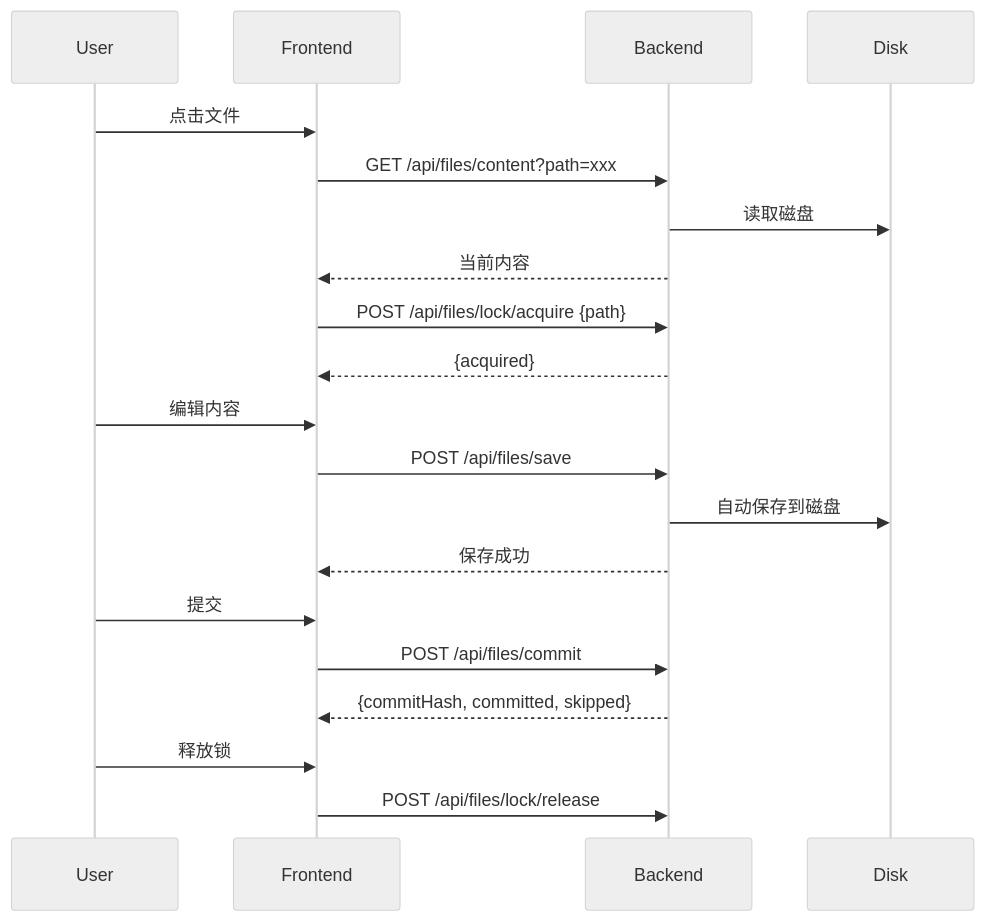
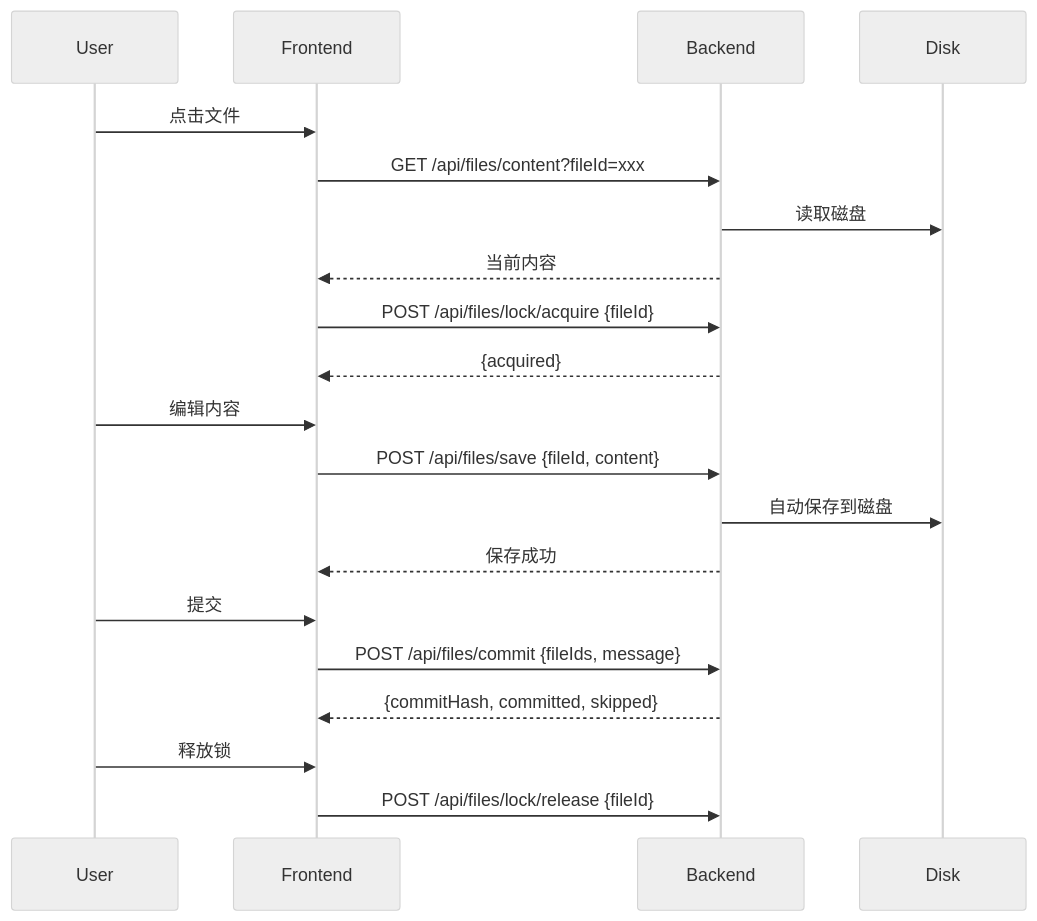
One commit to tonyabasy/lanting-stream-ce changed the second of 8 diagrams in docs/backend/file-system-spec.md. Above: the diagram before and after it, drawn with Mermaid (neutral theme). The commit also changed other lines of this file and 34 other files, not shown here.

````diff
--- a/docs/backend/file-system-spec.md
+++ b/docs/backend/file-system-spec.md
@@ -214,23 +219,23 @@
 ```mermaid
 sequenceDiagram
     participant U as User
     participant F as Frontend
     participant B as Backend
     participant D as Disk
 
     U->>F: 点击文件
-    F->>B: GET /api/files/content?path=xxx
+    F->>B: GET /api/files/content?fileId=xxx
     B->>D: 读取磁盘
     B-->>F: 当前内容
-    F->>B: POST /api/files/lock/acquire {path}
+    F->>B: POST /api/files/lock/acquire {fileId}
     B-->>F: {acquired}
     U->>F: 编辑内容
-    F->>B: POST /api/files/save
+    F->>B: POST /api/files/save {fileId, content}
     B->>D: 自动保存到磁盘
     B-->>F: 保存成功
     U->>F: 提交
-    F->>B: POST /api/files/commit
+    F->>B: POST /api/files/commit {fileIds, message}
     B-->>F: {commitHash, committed, skipped}
     U->>F: 释放锁
-    F->>B: POST /api/files/lock/release
+    F->>B: POST /api/files/lock/release {fileId}
 ```
````
